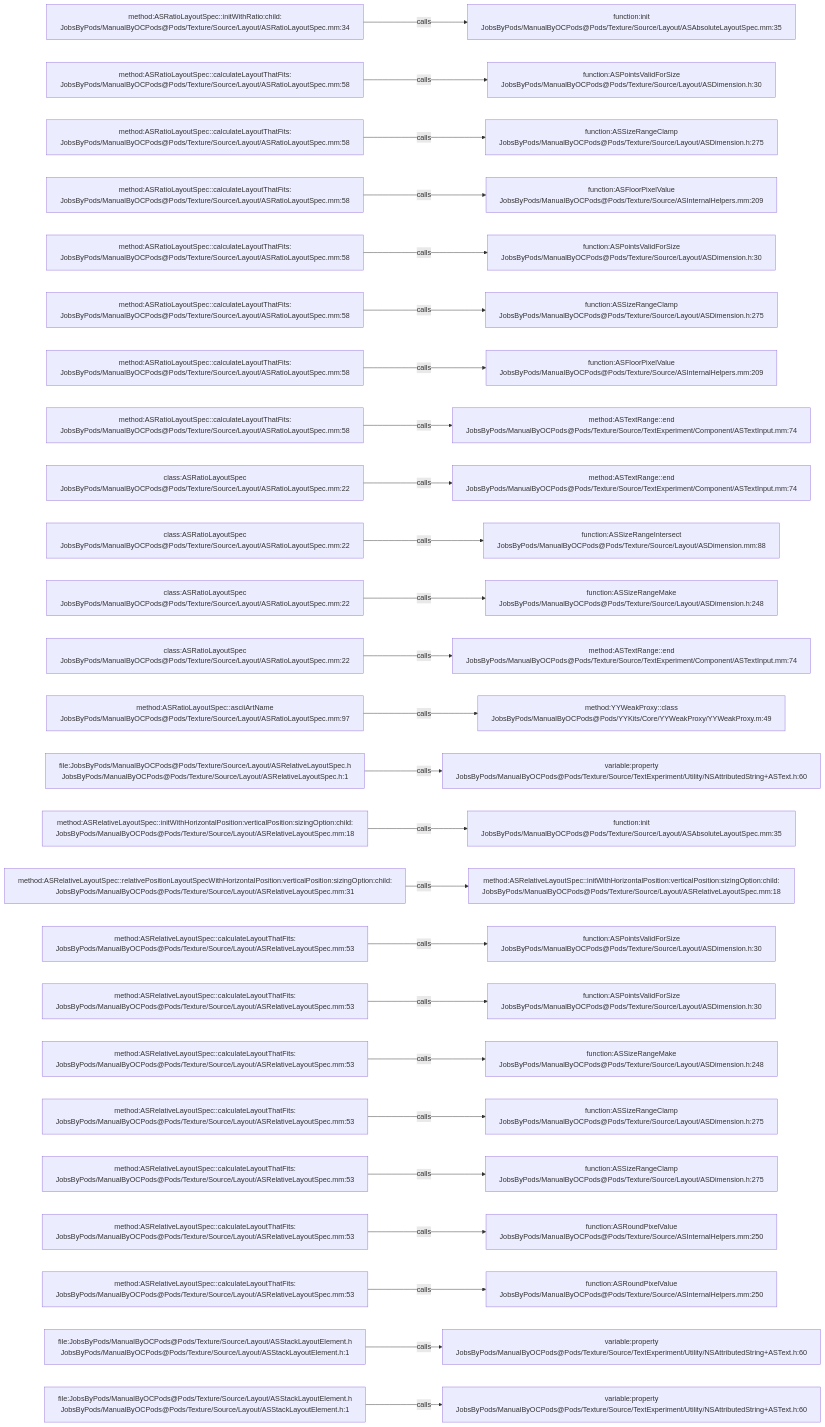
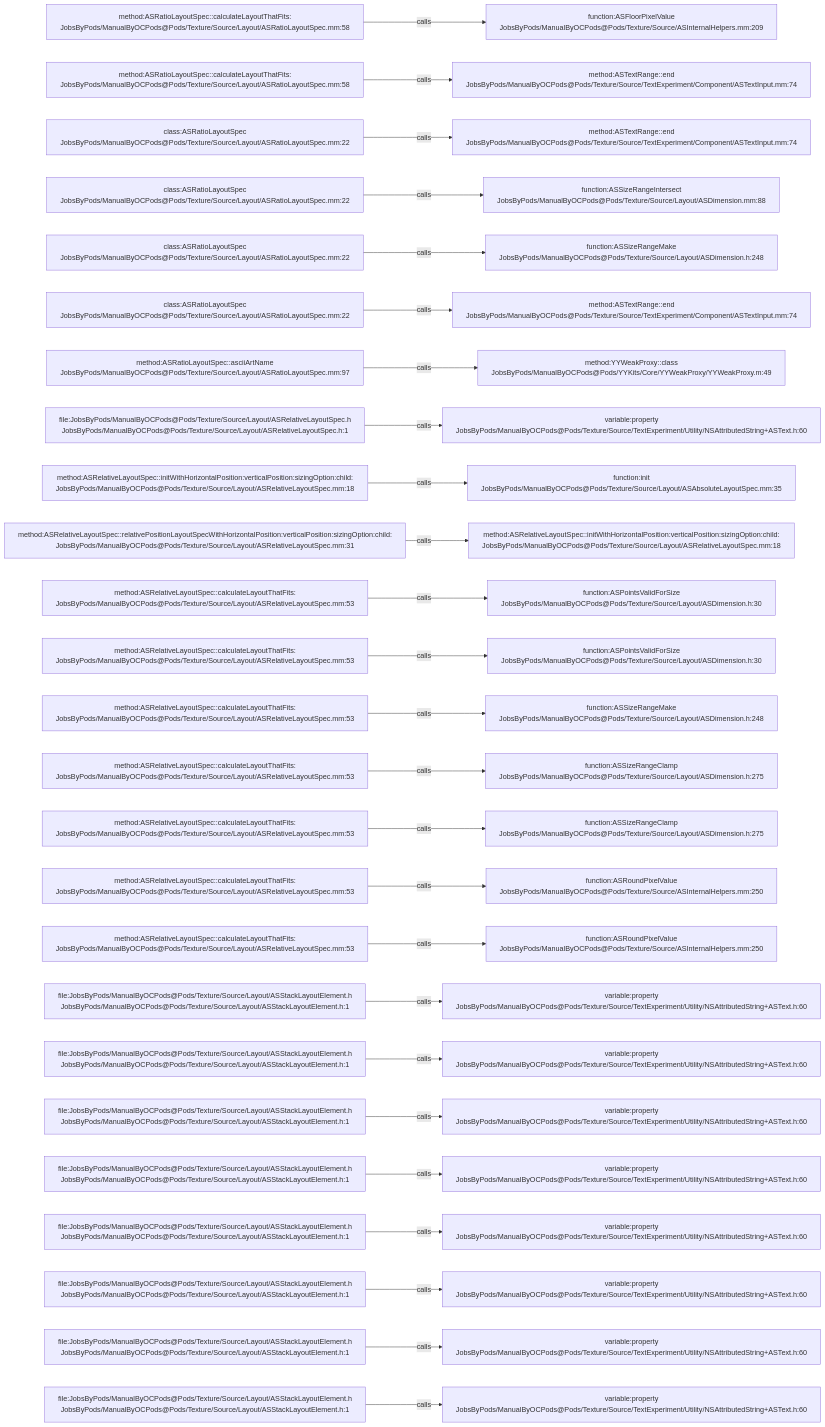
The diagram in .codegraph/codegraph.md/graphs/calls-174.md (JobsKits/JobsOCBaseConfigDemo), drawn with Mermaid before and after one commit. The commit also changed 666 other files, not shown here.

````diff
--- a/.codegraph/codegraph.md/graphs/calls-174.md
+++ b/.codegraph/codegraph.md/graphs/calls-174.md
@@ -13,78 +13,78 @@
 ```mermaid
 flowchart LR
-  S1["method:ASRatioLayoutSpec::initWithRatio:child:<br/>JobsByPods/ManualByOCPods@Pods/Texture/Source/Layout/ASRatioLayoutSpec.mm:34"]
-  T1["function:init<br/>JobsByPods/ManualByOCPods@Pods/Texture/Source/Layout/ASAbsoluteLayoutSpec.mm:35"]
+  S1["method:ASRatioLayoutSpec::calculateLayoutThatFits:<br/>JobsByPods/ManualByOCPods@Pods/Texture/Source/Layout/ASRatioLayoutSpec.mm:58"]
+  T1["function:ASFloorPixelValue<br/>JobsByPods/ManualByOCPods@Pods/Texture/Source/ASInternalHelpers.mm:209"]
   S1 -->|calls| T1
   S2["method:ASRatioLayoutSpec::calculateLayoutThatFits:<br/>JobsByPods/ManualByOCPods@Pods/Texture/Source/Layout/ASRatioLayoutSpec.mm:58"]
-  T2["function:ASPointsValidForSize<br/>JobsByPods/ManualByOCPods@Pods/Texture/Source/Layout/ASDimension.h:30"]
+  T2["method:ASTextRange::end<br/>JobsByPods/ManualByOCPods@Pods/Texture/Source/TextExperiment/Component/ASTextInput.mm:74"]
   S2 -->|calls| T2
-  S3["method:ASRatioLayoutSpec::calculateLayoutThatFits:<br/>JobsByPods/ManualByOCPods@Pods/Texture/Source/Layout/ASRatioLayoutSpec.mm:58"]
-  T3["function:ASSizeRangeClamp<br/>JobsByPods/ManualByOCPods@Pods/Texture/Source/Layout/ASDimension.h:275"]
+  S3["class:ASRatioLayoutSpec<br/>JobsByPods/ManualByOCPods@Pods/Texture/Source/Layout/ASRatioLayoutSpec.mm:22"]
+  T3["method:ASTextRange::end<br/>JobsByPods/ManualByOCPods@Pods/Texture/Source/TextExperiment/Component/ASTextInput.mm:74"]
   S3 -->|calls| T3
-  S4["method:ASRatioLayoutSpec::calculateLayoutThatFits:<br/>JobsByPods/ManualByOCPods@Pods/Texture/Source/Layout/ASRatioLayoutSpec.mm:58"]
-  T4["function:ASFloorPixelValue<br/>JobsByPods/ManualByOCPods@Pods/Texture/Source/ASInternalHelpers.mm:209"]
+  S4["class:ASRatioLayoutSpec<br/>JobsByPods/ManualByOCPods@Pods/Texture/Source/Layout/ASRatioLayoutSpec.mm:22"]
+  T4["function:ASSizeRangeIntersect<br/>JobsByPods/ManualByOCPods@Pods/Texture/Source/Layout/ASDimension.mm:88"]
   S4 -->|calls| T4
-  S5["method:ASRatioLayoutSpec::calculateLayoutThatFits:<br/>JobsByPods/ManualByOCPods@Pods/Texture/Source/Layout/ASRatioLayoutSpec.mm:58"]
-  T5["function:ASPointsValidForSize<br/>JobsByPods/ManualByOCPods@Pods/Texture/Source/Layout/ASDimension.h:30"]
+  S5["class:ASRatioLayoutSpec<br/>JobsByPods/ManualByOCPods@Pods/Texture/Source/Layout/ASRatioLayoutSpec.mm:22"]
+  T5["function:ASSizeRangeMake<br/>JobsByPods/ManualByOCPods@Pods/Texture/Source/Layout/ASDimension.h:248"]
   S5 -->|calls| T5
-  S6["method:ASRatioLayoutSpec::calculateLayoutThatFits:<br/>JobsByPods/ManualByOCPods@Pods/Texture/Source/Layout/ASRatioLayoutSpec.mm:58"]
-  T6["function:ASSizeRangeClamp<br/>JobsByPods/ManualByOCPods@Pods/Texture/Source/Layout/ASDimension.h:275"]
+  S6["class:ASRatioLayoutSpec<br/>JobsByPods/ManualByOCPods@Pods/Texture/Source/Layout/ASRatioLayoutSpec.mm:22"]
+  T6["method:ASTextRange::end<br/>JobsByPods/ManualByOCPods@Pods/Texture/Source/TextExperiment/Component/ASTextInput.mm:74"]
   S6 -->|calls| T6
-  S7["method:ASRatioLayoutSpec::calculateLayoutThatFits:<br/>JobsByPods/ManualByOCPods@Pods/Texture/Source/Layout/ASRatioLayoutSpec.mm:58"]
-  T7["function:ASFloorPixelValue<br/>JobsByPods/ManualByOCPods@Pods/Texture/Source/ASInternalHelpers.mm:209"]
+  S7["method:ASRatioLayoutSpec::asciiArtName<br/>JobsByPods/ManualByOCPods@Pods/Texture/Source/Layout/ASRatioLayoutSpec.mm:97"]
+  T7["method:YYWeakProxy::class<br/>JobsByPods/ManualByOCPods@Pods/YYKits/Core/YYWeakProxy/YYWeakProxy.m:49"]
   S7 -->|calls| T7
-  S8["method:ASRatioLayoutSpec::calculateLayoutThatFits:<br/>JobsByPods/ManualByOCPods@Pods/Texture/Source/Layout/ASRatioLayoutSpec.mm:58"]
-  T8["method:ASTextRange::end<br/>JobsByPods/ManualByOCPods@Pods/Texture/Source/TextExperiment/Component/ASTextInput.mm:74"]
+  S8["file:JobsByPods/ManualByOCPods@Pods/Texture/Source/Layout/ASRelativeLayoutSpec.h<br/>JobsByPods/ManualByOCPods@Pods/Texture/Source/Layout/ASRelativeLayoutSpec.h:1"]
+  T8["variable:property<br/>JobsByPods/ManualByOCPods@Pods/Texture/Source/TextExperiment/Utility/NSAttributedString+ASText.h:60"]
   S8 -->|calls| T8
-  S9["class:ASRatioLayoutSpec<br/>JobsByPods/ManualByOCPods@Pods/Texture/Source/Layout/ASRatioLayoutSpec.mm:22"]
-  T9["method:ASTextRange::end<br/>JobsByPods/ManualByOCPods@Pods/Texture/Source/TextExperiment/Component/ASTextInput.mm:74"]
+  S9["method:ASRelativeLayoutSpec::initWithHorizontalPosition:verticalPosition:sizingOption:child:<br/>JobsByPods/ManualByOCPods@Pods/Texture/Source/Layout/ASRelativeLayoutSpec.mm:18"]
+  T9["function:init<br/>JobsByPods/ManualByOCPods@Pods/Texture/Source/Layout/ASAbsoluteLayoutSpec.mm:35"]
   S9 -->|calls| T9
-  S10["class:ASRatioLayoutSpec<br/>JobsByPods/ManualByOCPods@Pods/Texture/Source/Layout/ASRatioLayoutSpec.mm:22"]
-  T10["function:ASSizeRangeIntersect<br/>JobsByPods/ManualByOCPods@Pods/Texture/Source/Layout/ASDimension.mm:88"]
+  S10["method:ASRelativeLayoutSpec::relativePositionLayoutSpecWithHorizontalPosition:verticalPosition:sizingOption:child:<br/>JobsByPods/ManualByOCPods@Pods/Texture/Source/Layout/ASRelativeLayoutSpec.mm:31"]
+  T10["method:ASRelativeLayoutSpec::initWithHorizontalPosition:verticalPosition:sizingOption:child:<br/>JobsByPods/ManualByOCPods@Pods/Texture/Source/Layout/ASRelativeLayoutSpec.mm:18"]
   S10 -->|calls| T10
-  S11["class:ASRatioLayoutSpec<br/>JobsByPods/ManualByOCPods@Pods/Texture/Source/Layout/ASRatioLayoutSpec.mm:22"]
-  T11["function:ASSizeRangeMake<br/>JobsByPods/ManualByOCPods@Pods/Texture/Source/Layout/ASDimension.h:248"]
+  S11["method:ASRelativeLayoutSpec::calculateLayoutThatFits:<br/>JobsByPods/ManualByOCPods@Pods/Texture/Source/Layout/ASRelativeLayoutSpec.mm:53"]
+  T11["function:ASPointsValidForSize<br/>JobsByPods/ManualByOCPods@Pods/Texture/Source/Layout/ASDimension.h:30"]
   S11 -->|calls| T11
-  S12["class:ASRatioLayoutSpec<br/>JobsByPods/ManualByOCPods@Pods/Texture/Source/Layout/ASRatioLayoutSpec.mm:22"]
-  T12["method:ASTextRange::end<br/>JobsByPods/ManualByOCPods@Pods/Texture/Source/TextExperiment/Component/ASTextInput.mm:74"]
+  S12["method:ASRelativeLayoutSpec::calculateLayoutThatFits:<br/>JobsByPods/ManualByOCPods@Pods/Texture/Source/Layout/ASRelativeLayoutSpec.mm:53"]
+  T12["function:ASPointsValidForSize<br/>JobsByPods/ManualByOCPods@Pods/Texture/Source/Layout/ASDimension.h:30"]
   S12 -->|calls| T12
-  S13["method:ASRatioLayoutSpec::asciiArtName<br/>JobsByPods/ManualByOCPods@Pods/Texture/Source/Layout/ASRatioLayoutSpec.mm:97"]
-  T13["method:YYWeakProxy::class<br/>JobsByPods/ManualByOCPods@Pods/YYKits/Core/YYWeakProxy/YYWeakProxy.m:49"]
+  S13["method:ASRelativeLayoutSpec::calculateLayoutThatFits:<br/>JobsByPods/ManualByOCPods@Pods/Texture/Source/Layout/ASRelativeLayoutSpec.mm:53"]
+  T13["function:ASSizeRangeMake<br/>JobsByPods/ManualByOCPods@Pods/Texture/Source/Layout/ASDimension.h:248"]
   S13 -->|calls| T13
-  S14["file:JobsByPods/ManualByOCPods@Pods/Texture/Source/Layout/ASRelativeLayoutSpec.h<br/>JobsByPods/ManualByOCPods@Pods/Texture/Source/Layout/ASRelativeLayoutSpec.h:1"]
-  T14["variable:property<br/>JobsByPods/ManualByOCPods@Pods/Texture/Source/TextExperiment/Utility/NSAttributedString+ASText.h:60"]
+  S14["method:ASRelativeLayoutSpec::calculateLayoutThatFits:<br/>JobsByPods/ManualByOCPods@Pods/Texture/Source/Layout/ASRelativeLayoutSpec.mm:53"]
+  T14["function:ASSizeRangeClamp<br/>JobsByPods/ManualByOCPods@Pods/Texture/Source/Layout/ASDimension.h:275"]
   S14 -->|calls| T14
-  S15["method:ASRelativeLayoutSpec::initWithHorizontalPosition:verticalPosition:sizingOption:child:<br/>JobsByPods/ManualByOCPods@Pods/Texture/Source/Layout/ASRelativeLayoutSpec.mm:18"]
-  T15["function:init<br/>JobsByPods/ManualByOCPods@Pods/Texture/Source/Layout/ASAbsoluteLayoutSpec.mm:35"]
+  S15["method:ASRelativeLayoutSpec::calculateLayoutThatFits:<br/>JobsByPods/ManualByOCPods@Pods/Texture/Source/Layout/ASRelativeLayoutSpec.mm:53"]
+  T15["function:ASSizeRangeClamp<br/>JobsByPods/ManualByOCPods@Pods/Texture/Source/Layout/ASDimension.h:275"]
   S15 -->|calls| T15
-  S16["method:ASRelativeLayoutSpec::relativePositionLayoutSpecWithHorizontalPosition:verticalPosition:sizingOption:child:<br/>JobsByPods/ManualByOCPods@Pods/Texture/Source/Layout/ASRelativeLayoutSpec.mm:31"]
-  T16["method:ASRelativeLayoutSpec::initWithHorizontalPosition:verticalPosition:sizingOption:child:<br/>JobsByPods/ManualByOCPods@Pods/Texture/Source/Layout/ASRelativeLayoutSpec.mm:18"]
+  S16["method:ASRelativeLayoutSpec::calculateLayoutThatFits:<br/>JobsByPods/ManualByOCPods@Pods/Texture/Source/Layout/ASRelativeLayoutSpec.mm:53"]
+  T16["function:ASRoundPixelValue<br/>JobsByPods/ManualByOCPods@Pods/Texture/Source/ASInternalHelpers.mm:250"]
   S16 -->|calls| T16
   S17["method:ASRelativeLayoutSpec::calculateLayoutThatFits:<br/>JobsByPods/ManualByOCPods@Pods/Texture/Source/Layout/ASRelativeLayoutSpec.mm:53"]
-  T17["function:ASPointsValidForSize<br/>JobsByPods/ManualByOCPods@Pods/Texture/Source/Layout/ASDimension.h:30"]
+  T17["function:ASRoundPixelValue<br/>JobsByPods/ManualByOCPods@Pods/Texture/Source/ASInternalHelpers.mm:250"]
   S17 -->|calls| T17
-  S18["method:ASRelativeLayoutSpec::calculateLayoutThatFits:<br/>JobsByPods/ManualByOCPods@Pods/Texture/Source/Layout/ASRelativeLayoutSpec.mm:53"]
-  T18["function:ASPointsValidForSize<br/>JobsByPods/ManualByOCPods@Pods/Texture/Source/Layout/ASDimension.h:30"]
+  S18["file:JobsByPods/ManualByOCPods@Pods/Texture/Source/Layout/ASStackLayoutElement.h<br/>JobsByPods/ManualByOCPods@Pods/Texture/Source/Layout/ASStackLayoutElement.h:1"]
+  T18["variable:property<br/>JobsByPods/ManualByOCPods@Pods/Texture/Source/TextExperiment/Utility/NSAttributedString+ASText.h:60"]
   S18 -->|calls| T18
-  S19["method:ASRelativeLayoutSpec::calculateLayoutThatFits:<br/>JobsByPods/ManualByOCPods@Pods/Texture/Source/Layout/ASRelativeLayoutSpec.mm:53"]
-  T19["function:ASSizeRangeMake<br/>JobsByPods/ManualByOCPods@Pods/Texture/Source/Layout/ASDimension.h:248"]
+  S19["file:JobsByPods/ManualByOCPods@Pods/Texture/Source/Layout/ASStackLayoutElement.h<br/>JobsByPods/ManualByOCPods@Pods/Texture/Source/Layout/ASStackLayoutElement.h:1"]
+  T19["variable:property<br/>JobsByPods/ManualByOCPods@Pods/Texture/Source/TextExperiment/Utility/NSAttributedString+ASText.h:60"]
   S19 -->|calls| T19
-  S20["method:ASRelativeLayoutSpec::calculateLayoutThatFits:<br/>JobsByPods/ManualByOCPods@Pods/Texture/Source/Layout/ASRelativeLayoutSpec.mm:53"]
-  T20["function:ASSizeRangeClamp<br/>JobsByPods/ManualByOCPods@Pods/Texture/Source/Layout/ASDimension.h:275"]
+  S20["file:JobsByPods/ManualByOCPods@Pods/Texture/Source/Layout/ASStackLayoutElement.h<br/>JobsByPods/ManualByOCPods@Pods/Texture/Source/Layout/ASStackLayoutElement.h:1"]
+  T20["variable:property<br/>JobsByPods/ManualByOCPods@Pods/Texture/Source/TextExperiment/Utility/NSAttributedString+ASText.h:60"]
   S20 -->|calls| T20
-  S21["method:ASRelativeLayoutSpec::calculateLayoutThatFits:<br/>JobsByPods/ManualByOCPods@Pods/Texture/Source/Layout/ASRelativeLayoutSpec.mm:53"]
-  T21["function:ASSizeRangeClamp<br/>JobsByPods/ManualByOCPods@Pods/Texture/Source/Layout/ASDimension.h:275"]
+  S21["file:JobsByPods/ManualByOCPods@Pods/Texture/Source/Layout/ASStackLayoutElement.h<br/>JobsByPods/ManualByOCPods@Pods/Texture/Source/Layout/ASStackLayoutElement.h:1"]
+  T21["variable:property<br/>JobsByPods/ManualByOCPods@Pods/Texture/Source/TextExperiment/Utility/NSAttributedString+ASText.h:60"]
   S21 -->|calls| T21
-  S22["method:ASRelativeLayoutSpec::calculateLayoutThatFits:<br/>JobsByPods/ManualByOCPods@Pods/Texture/Source/Layout/ASRelativeLayoutSpec.mm:53"]
-  T22["function:ASRoundPixelValue<br/>JobsByPods/ManualByOCPods@Pods/Texture/Source/ASInternalHelpers.mm:250"]
+  S22["file:JobsByPods/ManualByOCPods@Pods/Texture/Source/Layout/ASStackLayoutElement.h<br/>JobsByPods/ManualByOCPods@Pods/Texture/Source/Layout/ASStackLayoutElement.h:1"]
+  T22["variable:property<br/>JobsByPods/ManualByOCPods@Pods/Texture/Source/TextExperiment/Utility/NSAttributedString+ASText.h:60"]
   S22 -->|calls| T22
-  S23["method:ASRelativeLayoutSpec::calculateLayoutThatFits:<br/>JobsByPods/ManualByOCPods@Pods/Texture/Source/Layout/ASRelativeLayoutSpec.mm:53"]
-  T23["function:ASRoundPixelValue<br/>JobsByPods/ManualByOCPods@Pods/Texture/Source/ASInternalHelpers.mm:250"]
+  S23["file:JobsByPods/ManualByOCPods@Pods/Texture/Source/Layout/ASStackLayoutElement.h<br/>JobsByPods/ManualByOCPods@Pods/Texture/Source/Layout/ASStackLayoutElement.h:1"]
+  T23["variable:property<br/>JobsByPods/ManualByOCPods@Pods/Texture/Source/TextExperiment/Utility/NSAttributedString+ASText.h:60"]
   S23 -->|calls| T23
   S24["file:JobsByPods/ManualByOCPods@Pods/Texture/Source/Layout/ASStackLayoutElement.h<br/>JobsByPods/ManualByOCPods@Pods/Texture/Source/Layout/ASStackLayoutElement.h:1"]
   T24["variable:property<br/>JobsByPods/ManualByOCPods@Pods/Texture/Source/TextExperiment/Utility/NSAttributedString+ASText.h:60"]
   S24 -->|calls| T24
   S25["file:JobsByPods/ManualByOCPods@Pods/Texture/Source/Layout/ASStackLayoutElement.h<br/>JobsByPods/ManualByOCPods@Pods/Texture/Source/Layout/ASStackLayoutElement.h:1"]
   T25["variable:property<br/>JobsByPods/ManualByOCPods@Pods/Texture/Source/TextExperiment/Utility/NSAttributedString+ASText.h:60"]
   S25 -->|calls| T25
 ```
````
